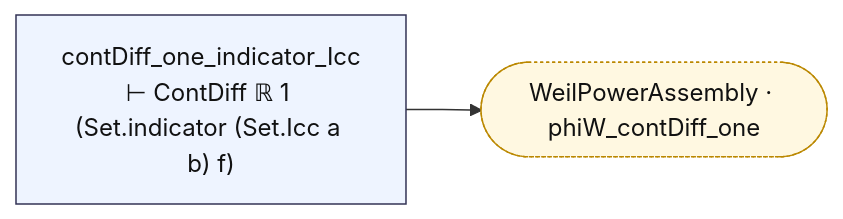
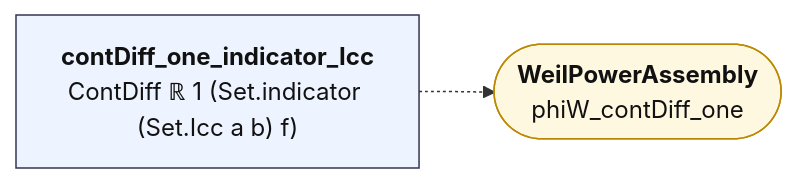
One commit to juliansambranojr/Primebeat_081426 changed the diagram in map/lean_stage3/IndicatorContDiff.md. Above: the diagram before and after it, drawn with Mermaid. The commit also changed other lines of this file and 387 other files, not shown here.

````diff
--- a/map/lean_stage3/IndicatorContDiff.md
+++ b/map/lean_stage3/IndicatorContDiff.md
@@ -8,12 +12,11 @@
 ```mermaid
 flowchart LR
-  n0["contDiff_one_indicator_Icc<br/>⊢ ContDiff ℝ 1 (Set.indicator (Set.Icc a b) f)"]:::thm
-  x0(["WeilPowerAssembly · phiW_contDiff_one"]):::ext
-  n0 --> x0
+  n0["<b>contDiff_one_indicator_Icc</b><br/>ContDiff ℝ 1 (Set.indicator (Set.Icc a b) f)"]:::thm
+  x0(["<b>WeilPowerAssembly</b><br/>phiW_contDiff_one"]):::ext
+  n0 -.-> x0
   classDef thm fill:#eef4ff,stroke:#335,color:#111
-  classDef dfn fill:#f2f2f2,stroke:#777,color:#111
   classDef end_ fill:#e7f7e7,stroke:#2a7,color:#111,stroke-width:2px
   classDef lone fill:#fff,stroke:#999,color:#111,stroke-dasharray:4 3
   classDef bad fill:#ffe5e5,stroke:#c22,color:#111,stroke-width:2px
-  classDef ext fill:#fff8e1,stroke:#b80,color:#111,stroke-dasharray:2 2
+  classDef ext fill:#fff8e1,stroke:#b80,color:#111
 ```
````
